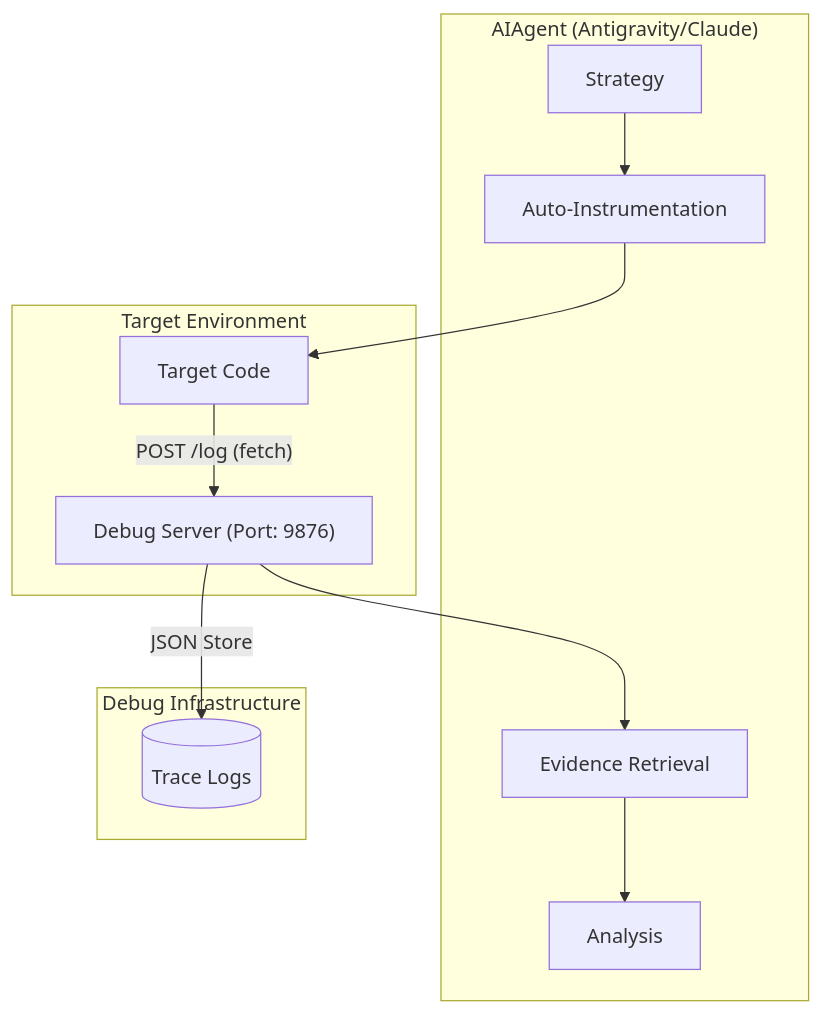
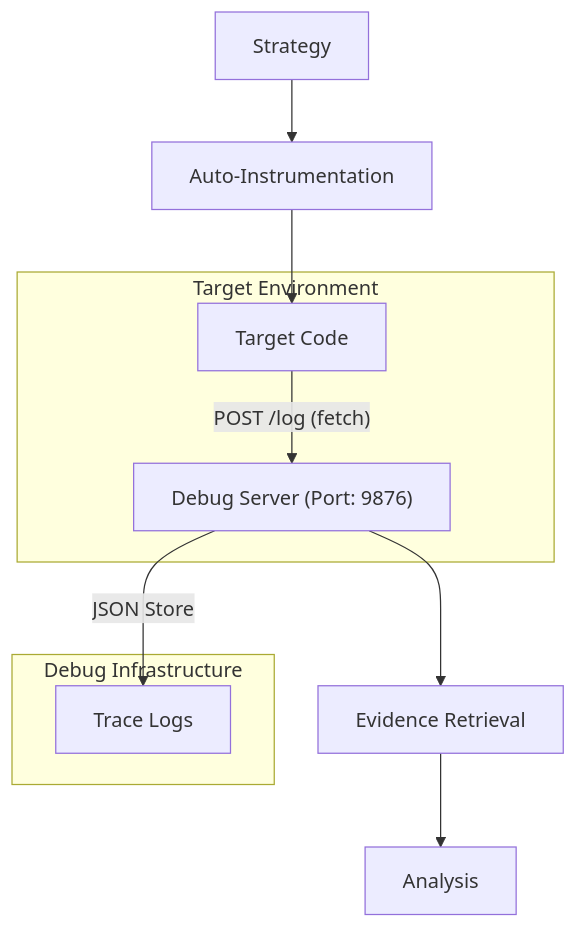
One commit to MinLeeV5/automated-instrumented-debugging-skill changed the first of 2 diagrams in README-EN.md. Above: the diagram before and after it, drawn with Mermaid. The commit also changed other lines of this file and 2 other files, not shown here.

````diff
--- a/README-EN.md
+++ b/README-EN.md
@@ -20,18 +53,16 @@
 ```mermaid
 graph TD
-    subgraph "AIAgent (Antigravity/Claude)"
-        A1["Strategy"] --> A2["Auto-Instrumentation"]
-        A3["Evidence Retrieval"] --> A4["Analysis"]
-    end
+    NodeA["Strategy"] --> NodeB["Auto-Instrumentation"]
+    NodeC["Evidence Retrieval"] --> NodeD["Analysis"]
 
     subgraph "Target Environment"
-        T1["Target Code"] -- "POST /log (fetch)" --> S1
+        NodeE["Target Code"] -- "POST /log (fetch)" --> NodeF
     end
 
     subgraph "Debug Infrastructure"
-        S1["Debug Server (Port: 9876)"] -- "JSON Store" --> S2[("Trace Logs")]
+        NodeF["Debug Server (Port: 9876)"] -- "JSON Store" --> NodeG["Trace Logs"]
     end
 
-    A2 --> T1
-    S1 --> A3
+    NodeB --> NodeE
+    NodeF --> NodeC
 ```
````
